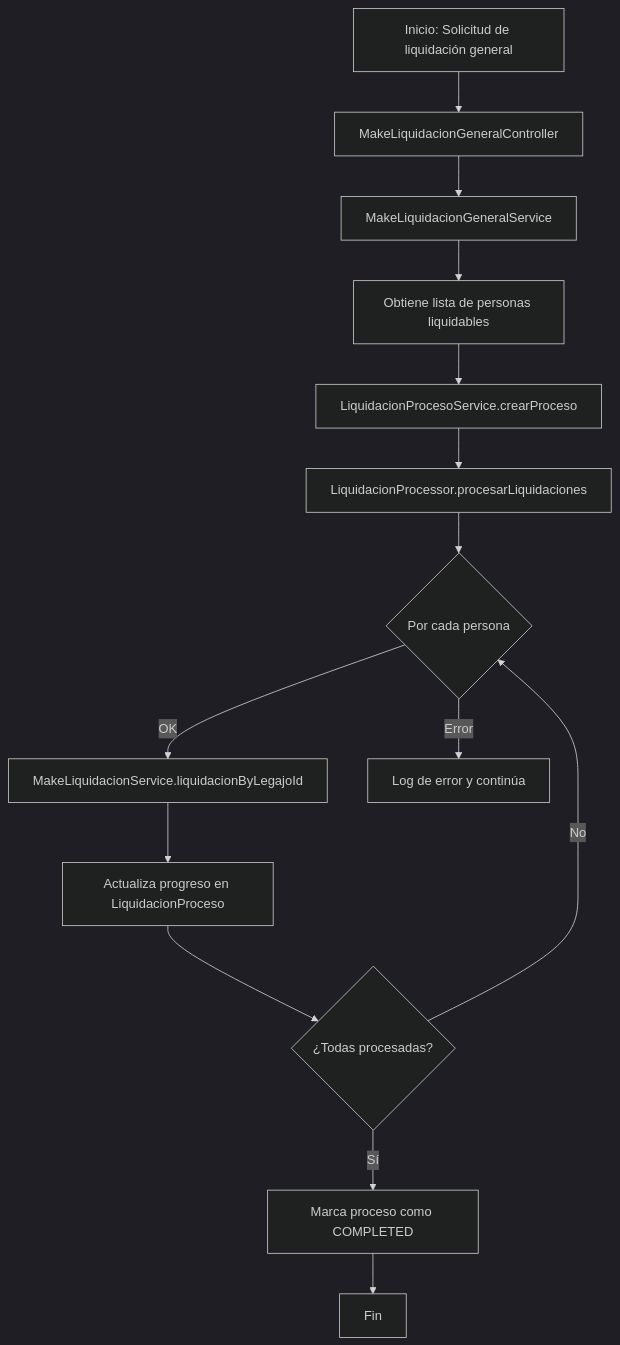
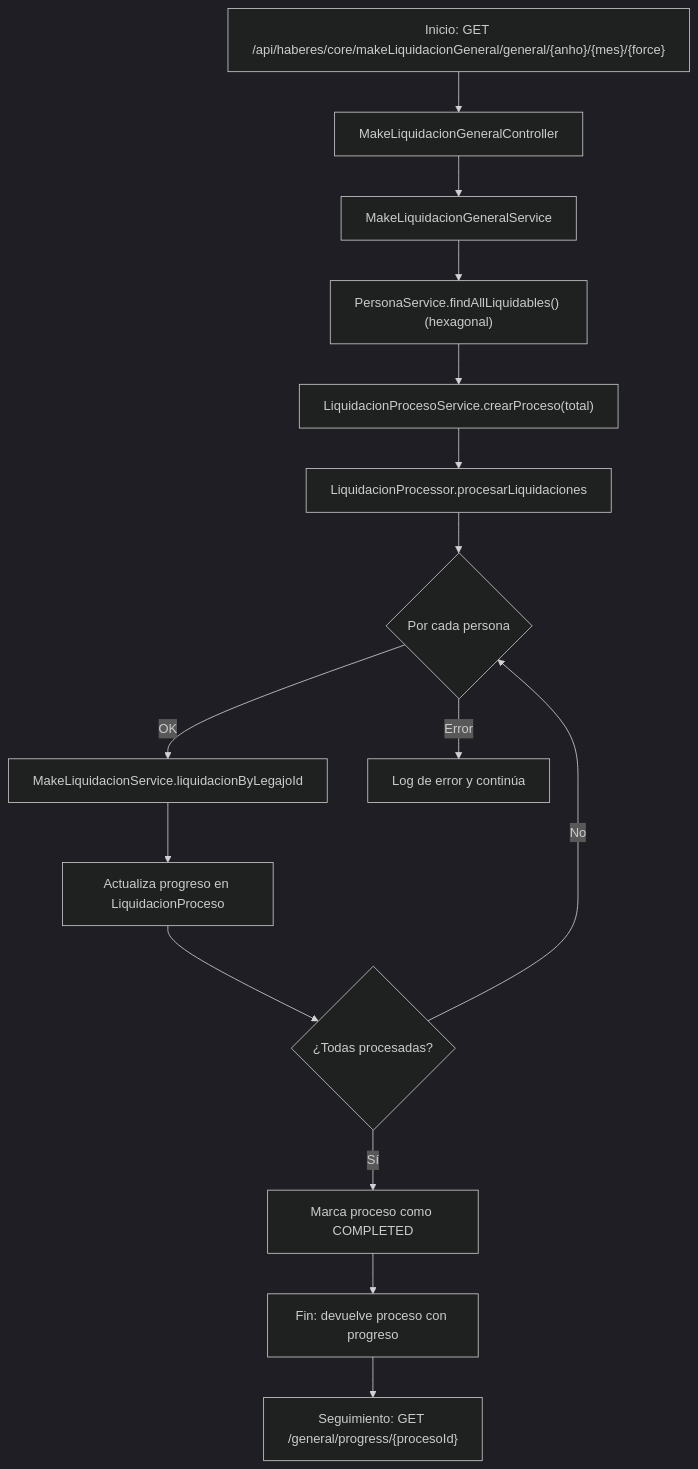
Before and after one commit to UM-services/UM.haberes.core-service: the diagram in docs/diagrams/flujo-liquidacion-general.mmd, drawn with Mermaid (dark theme). The commit also changed 33 other files, not shown here.

First line of the commit message:
docs(diagrams): nuevos flujos y notas de 1.14.0

```diff
--- a/docs/diagrams/flujo-liquidacion-general.mmd
+++ b/docs/diagrams/flujo-liquidacion-general.mmd
@@ -1,14 +1,15 @@
 flowchart TD
-    A[Inicio: Solicitud de liquidación general] --> B[MakeLiquidacionGeneralController]
+    A["Inicio: GET /api/haberes/core/makeLiquidacionGeneral/general/{anho}/{mes}/{force}"] --> B[MakeLiquidacionGeneralController]
     B --> C[MakeLiquidacionGeneralService]
-    C --> D[Obtiene lista de personas liquidables]
-    D --> E[LiquidacionProcesoService.crearProceso]
-    E --> F[LiquidacionProcessor.procesarLiquidaciones]
-    F --> G{Por cada persona}
+    C --> D["PersonaService.findAllLiquidables() (hexagonal)"]
+    D --> E["LiquidacionProcesoService.crearProceso(total)"]
+    E --> F["LiquidacionProcessor.procesarLiquidaciones"]
+    F --> G{"Por cada persona"}
     G -->|OK| H[MakeLiquidacionService.liquidacionByLegajoId]
-    H --> I[Actualiza progreso en LiquidacionProceso]
+    H --> I["Actualiza progreso en LiquidacionProceso"]
     G -->|Error| J["Log de error y continúa"]
-    I --> K{¿Todas procesadas?}
-    K -- Sí --> L[Marca proceso como COMPLETED]
+    I --> K{"¿Todas procesadas?"}
+    K -- Sí --> L["Marca proceso como COMPLETED"]
     K -- No --> G
-    L --> M[Fin]
+    L --> M["Fin: devuelve proceso con progreso"]
+    M --> N["Seguimiento: GET /general/progress/{procesoId}"]
```
